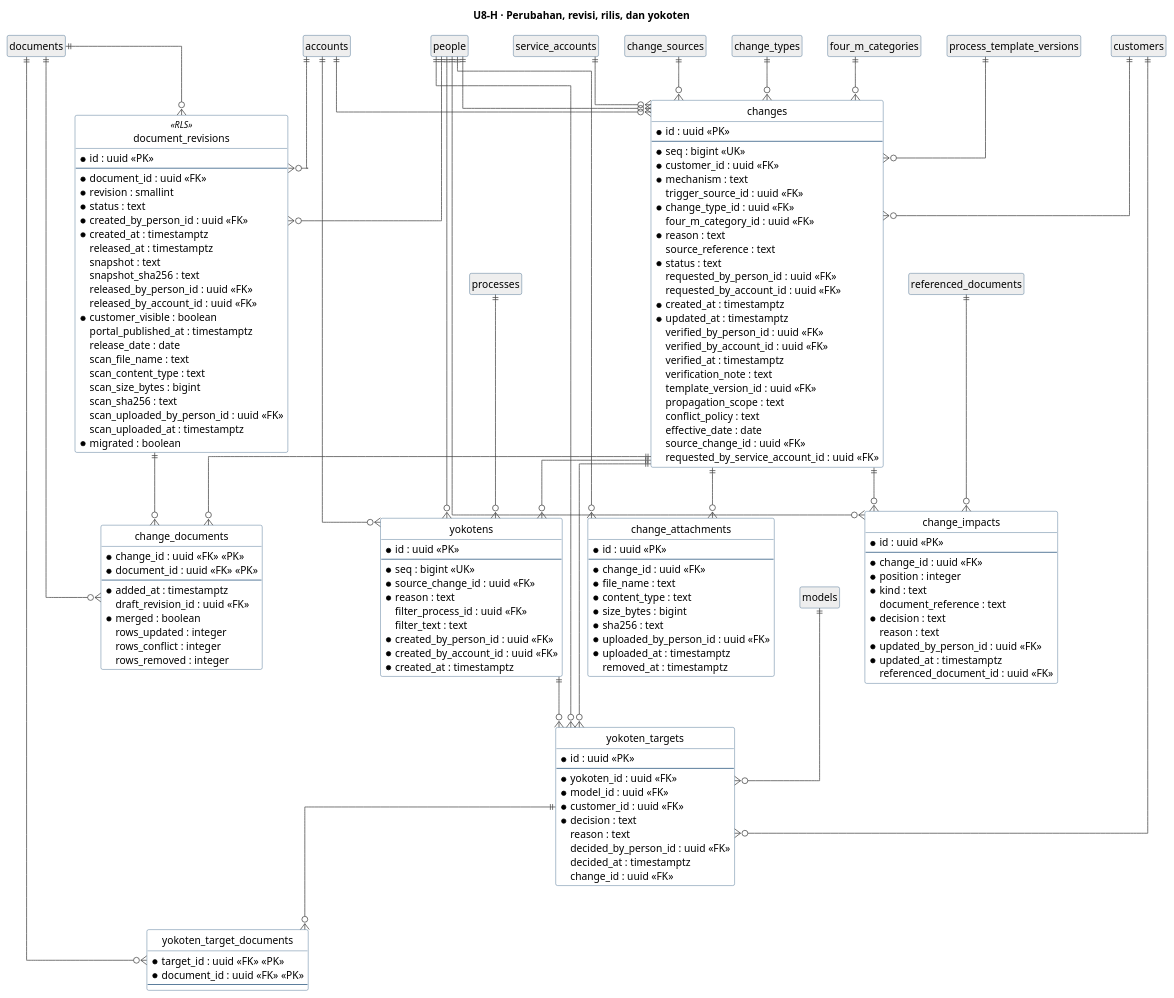
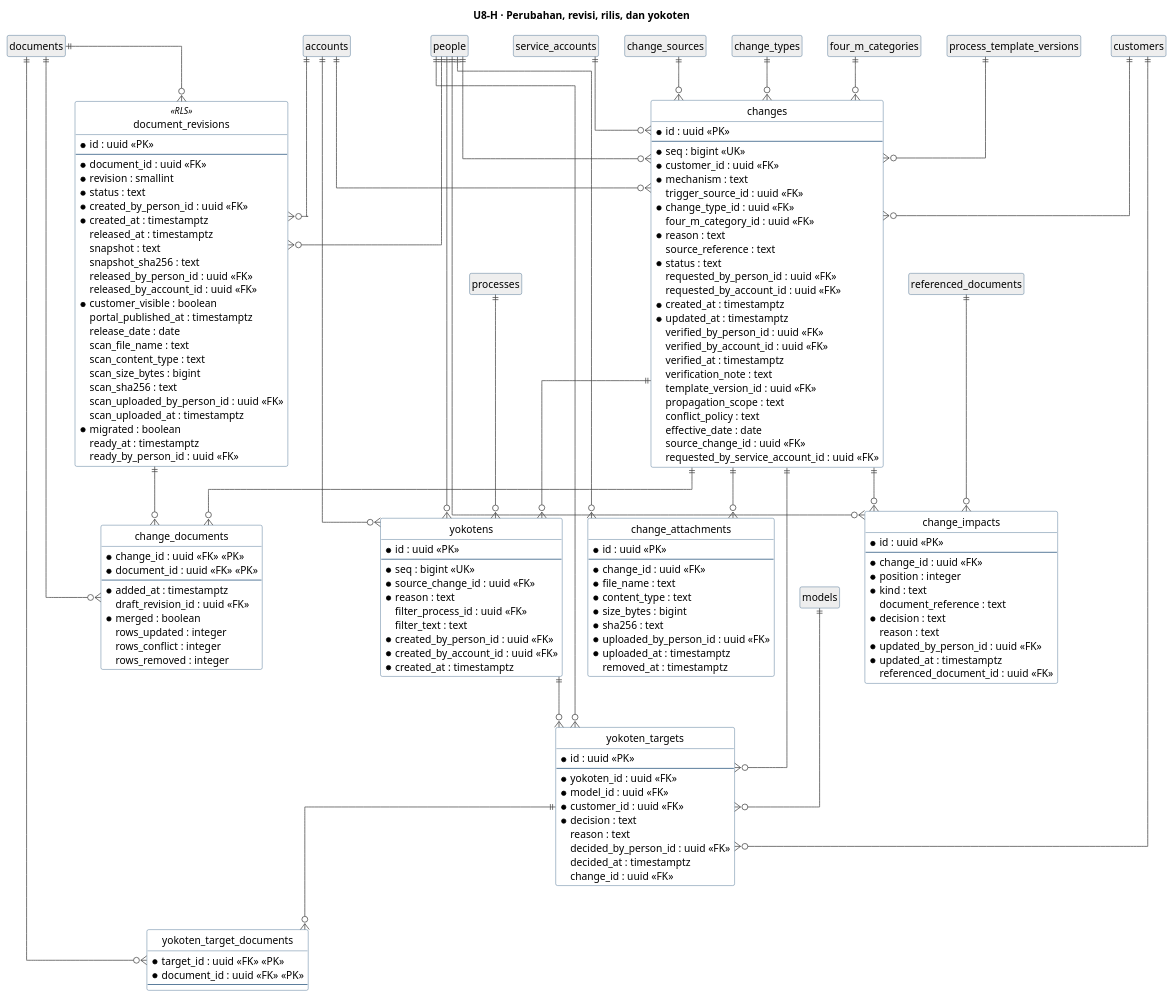
The eighth of 10 diagrams in docs/uml/U8-erd.puml (dkpauzi/revioten), drawn with PlantUML before and after one commit. The commit also changed other lines of this file and 105 other files, not shown here.

```diff
--- a/docs/uml/U8-erd.puml
+++ b/docs/uml/U8-erd.puml
@@ -835,180 +840,182 @@
 @startuml U8-H-perubahan-revisi-yokoten
 hide circle
 hide empty members
 skinparam linetype ortho
 skinparam shadowing false
 skinparam ArrowColor #444444
 skinparam ClassBorderColor #1F4E79
 skinparam ClassBackgroundColor #FFFFFF
 
 title U8-H · Perubahan, revisi, rilis, dan yokoten
 
 entity "changes" as changes {
   * id : uuid <<PK>>
   --
   * seq : bigint <<UK>>
   * customer_id : uuid <<FK>>
   * mechanism : text
   trigger_source_id : uuid <<FK>>
   * change_type_id : uuid <<FK>>
   four_m_category_id : uuid <<FK>>
   * reason : text
   source_reference : text
   * status : text
   requested_by_person_id : uuid <<FK>>
   requested_by_account_id : uuid <<FK>>
   * created_at : timestamptz
   * updated_at : timestamptz
   verified_by_person_id : uuid <<FK>>
   verified_by_account_id : uuid <<FK>>
   verified_at : timestamptz
   verification_note : text
   template_version_id : uuid <<FK>>
   propagation_scope : text
   conflict_policy : text
   effective_date : date
   source_change_id : uuid <<FK>>
   requested_by_service_account_id : uuid <<FK>>
 }
 
 entity "change_documents" as change_documents {
   * change_id : uuid <<FK>> <<PK>>
   * document_id : uuid <<FK>> <<PK>>
   --
   * added_at : timestamptz
   draft_revision_id : uuid <<FK>>
   * merged : boolean
   rows_updated : integer
   rows_conflict : integer
   rows_removed : integer
 }
 
 entity "change_attachments" as change_attachments {
   * id : uuid <<PK>>
   --
   * change_id : uuid <<FK>>
   * file_name : text
   * content_type : text
   * size_bytes : bigint
   * sha256 : text
   * uploaded_by_person_id : uuid <<FK>>
   * uploaded_at : timestamptz
   removed_at : timestamptz
 }
 
 entity "change_impacts" as change_impacts {
   * id : uuid <<PK>>
   --
   * change_id : uuid <<FK>>
   * position : integer
   * kind : text
   document_reference : text
   * decision : text
   reason : text
   * updated_by_person_id : uuid <<FK>>
   * updated_at : timestamptz
   referenced_document_id : uuid <<FK>>
 }
 
 entity "document_revisions" as document_revisions <<RLS>> {
   * id : uuid <<PK>>
   --
   * document_id : uuid <<FK>>
   * revision : smallint
   * status : text
   * created_by_person_id : uuid <<FK>>
   * created_at : timestamptz
   released_at : timestamptz
   snapshot : text
   snapshot_sha256 : text
   released_by_person_id : uuid <<FK>>
   released_by_account_id : uuid <<FK>>
   * customer_visible : boolean
   portal_published_at : timestamptz
   release_date : date
   scan_file_name : text
   scan_content_type : text
   scan_size_bytes : bigint
   scan_sha256 : text
   scan_uploaded_by_person_id : uuid <<FK>>
   scan_uploaded_at : timestamptz
   * migrated : boolean
+  ready_at : timestamptz
+  ready_by_person_id : uuid <<FK>>
 }
 
 entity "yokotens" as yokotens {
   * id : uuid <<PK>>
   --
   * seq : bigint <<UK>>
   * source_change_id : uuid <<FK>>
   * reason : text
   filter_process_id : uuid <<FK>>
   filter_text : text
   * created_by_person_id : uuid <<FK>>
   * created_by_account_id : uuid <<FK>>
   * created_at : timestamptz
 }
 
 entity "yokoten_targets" as yokoten_targets {
   * id : uuid <<PK>>
   --
   * yokoten_id : uuid <<FK>>
   * model_id : uuid <<FK>>
   * customer_id : uuid <<FK>>
   * decision : text
   reason : text
   decided_by_person_id : uuid <<FK>>
   decided_at : timestamptz
   change_id : uuid <<FK>>
 }
 
 entity "yokoten_target_documents" as yokoten_target_documents {
   * target_id : uuid <<FK>> <<PK>>
   * document_id : uuid <<FK>> <<PK>>
   --
 }
 
 entity "accounts" as accounts #EEEEEE
 entity "change_sources" as change_sources #EEEEEE
 entity "change_types" as change_types #EEEEEE
 entity "customers" as customers #EEEEEE
 entity "documents" as documents #EEEEEE
 entity "four_m_categories" as four_m_categories #EEEEEE
 entity "models" as models #EEEEEE
 entity "people" as people #EEEEEE
 entity "process_template_versions" as process_template_versions #EEEEEE
 entity "processes" as processes #EEEEEE
 entity "referenced_documents" as referenced_documents #EEEEEE
 entity "service_accounts" as service_accounts #EEEEEE
 
 changes ||--o{ change_attachments
 people ||--o{ change_attachments
 changes ||--o{ change_documents
 document_revisions ||--o{ change_documents
 documents ||--o{ change_documents
 changes ||--o{ change_impacts
 people ||--o{ change_impacts
 referenced_documents ||--o{ change_impacts
 accounts ||--o{ changes
 change_sources ||--o{ changes
 change_types ||--o{ changes
 customers ||--o{ changes
 four_m_categories ||--o{ changes
 people ||--o{ changes
 process_template_versions ||--o{ changes
 service_accounts ||--o{ changes
 accounts ||--o{ document_revisions
 documents ||--o{ document_revisions
 people ||--o{ document_revisions
 documents ||--o{ yokoten_target_documents
 yokoten_targets ||--o{ yokoten_target_documents
 changes ||--o{ yokoten_targets
 customers ||--o{ yokoten_targets
 models ||--o{ yokoten_targets
 people ||--o{ yokoten_targets
 yokotens ||--o{ yokoten_targets
 accounts ||--o{ yokotens
 changes ||--o{ yokotens
 people ||--o{ yokotens
 processes ||--o{ yokotens
 
 @enduml
```
